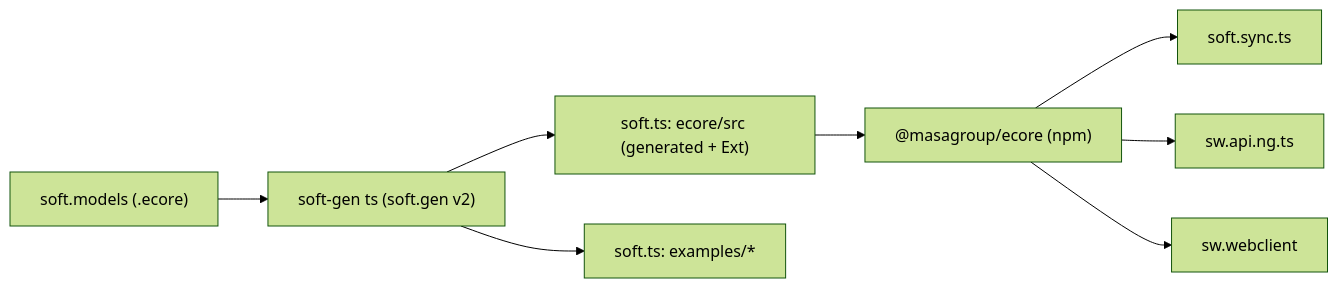
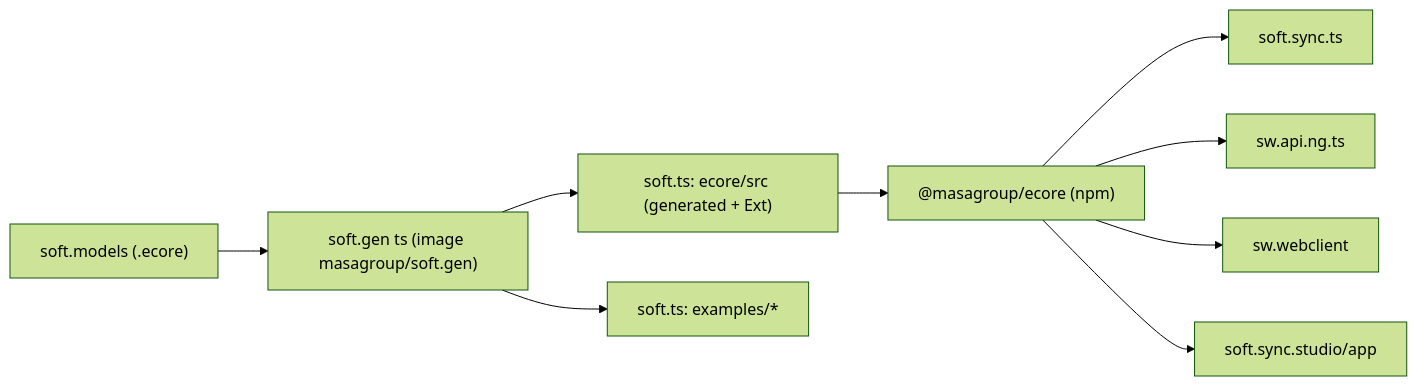
One commit to masagroup/soft.ts changed the first of 2 diagrams in README.md. Above: the diagram before and after it, drawn with Mermaid (forest theme). The commit also changed other lines of this file, not shown here.

Commit message:
docs(readme): soft.gen image, .generator.yaml, version 1.7.2 and v2 consumers

````diff
--- a/README.md
+++ b/README.md
@@ -42,10 +42,11 @@
 ```mermaid
 flowchart LR
-    models["soft.models (.ecore)"] --> gen["soft-gen ts (soft.gen v2)"]
+    models["soft.models (.ecore)"] --> gen["soft.gen ts (image masagroup/soft.gen)"]
     gen --> ecoreSrc["soft.ts: ecore/src (generated + Ext)"]
     gen --> examples["soft.ts: examples/*"]
     ecoreSrc --> npm["@masagroup/ecore (npm)"]
     npm --> sync["soft.sync.ts"]
     npm --> apingts["sw.api.ng.ts"]
     npm --> web["sw.webclient"]
+    npm --> studio["soft.sync.studio/app"]
 ```
````
